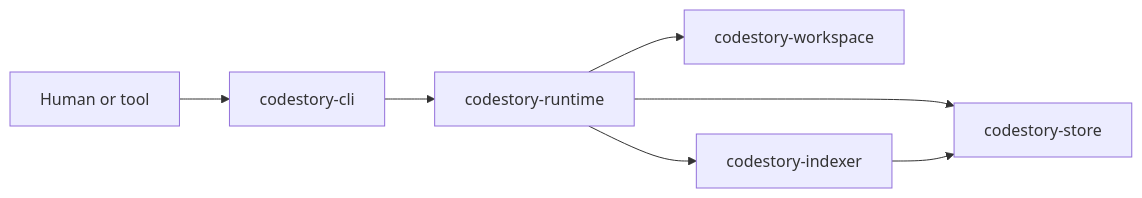
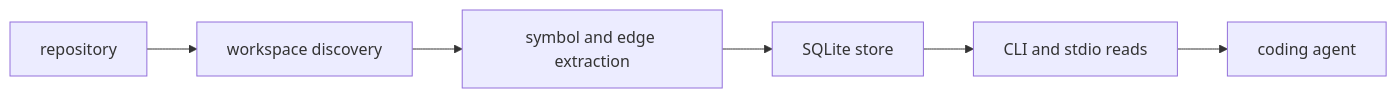
One commit to TheGreenCedar/CodeStory changed the diagram in README.md. Above: the diagram before and after it, drawn with Mermaid. The commit also changed other lines of this file and 7 other files, not shown here.

````diff
--- a/README.md
+++ b/README.md
@@ -114,9 +148,8 @@
 ```mermaid
 flowchart LR
-    User["Human or tool"] --> CLI["codestory-cli"]
-    CLI["codestory-cli"] --> Runtime["codestory-runtime"]
-    Runtime --> Workspace["codestory-workspace"]
-    Runtime --> Indexer["codestory-indexer"]
-    Runtime --> Store["codestory-store"]
-    Indexer --> Store
+    Repo["repository"] --> Workspace["workspace discovery"]
+    Workspace --> Indexer["symbol and edge extraction"]
+    Indexer --> Store["SQLite store"]
+    Store --> CLI["CLI and stdio reads"]
+    CLI --> Agent["coding agent"]
 ```
````
